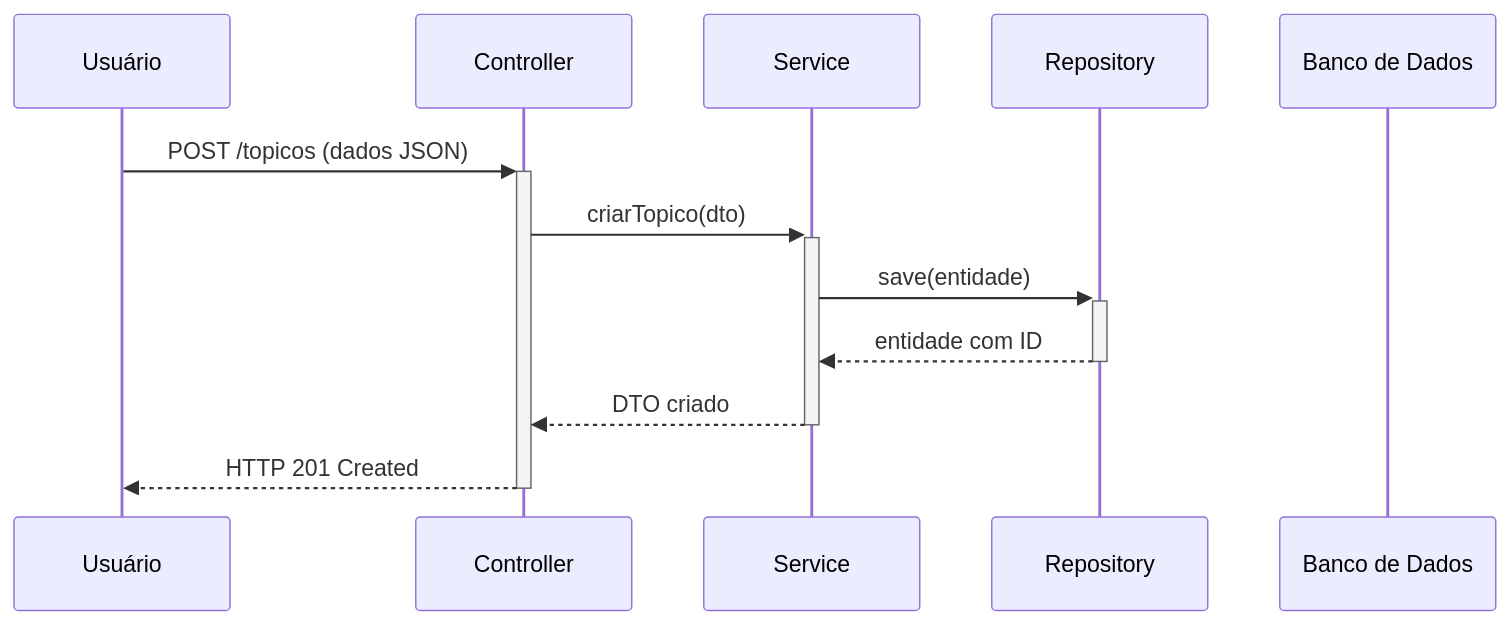
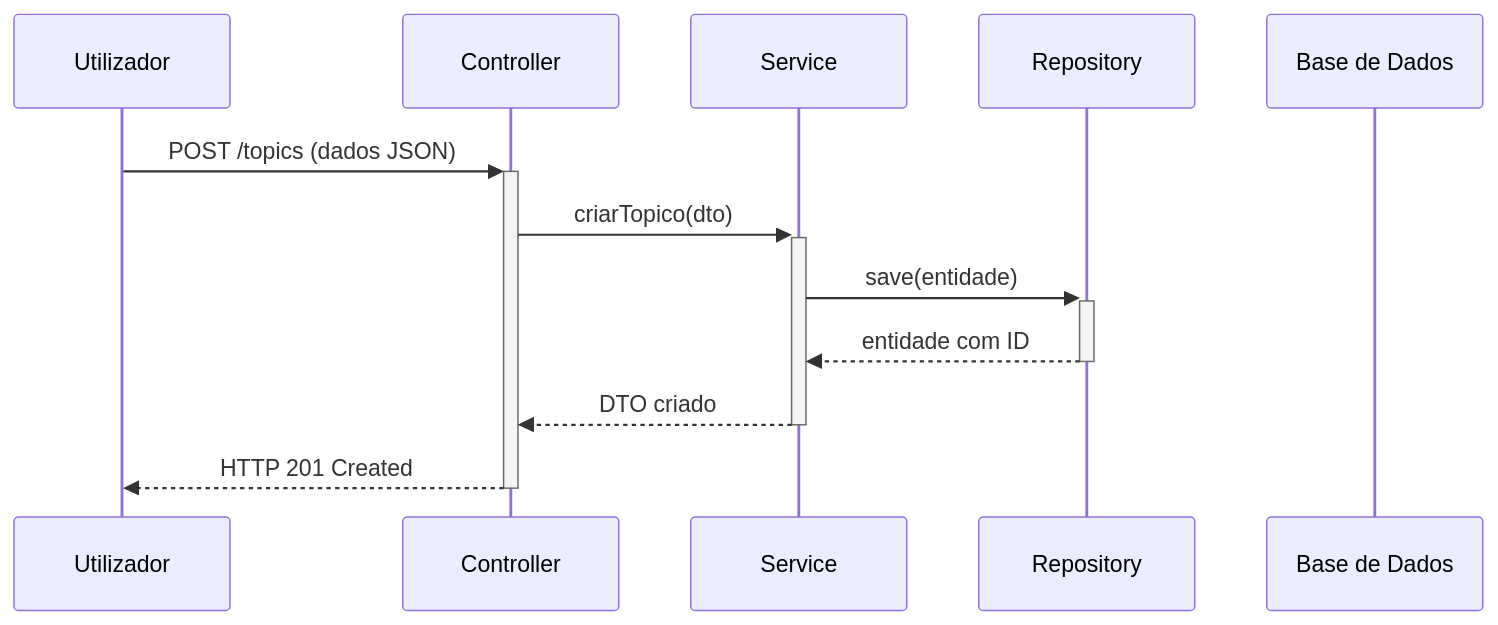
The second of 2 diagrams in README.md (rafaelsilvalor/forumhub), drawn with Mermaid before and after one commit. The commit also changed other lines of this file, not shown here.

````diff
--- a/README.md
+++ b/README.md
@@ -79,15 +143,15 @@
 ```mermaid
 sequenceDiagram
-    participant User as Usuário
+    participant User as Utilizador
     participant Controller as Controller
     participant Service as Service
-    participant Repo as Repository
-    participant DB as Banco de Dados
+    participant Repository as Repository
+    participant DB as Base de Dados
 
-    User->>+Controller: POST /topicos (dados JSON)
+    User->>+Controller: POST /topics (dados JSON)
     Controller->>+Service: criarTopico(dto)
-    Service->>+Repo: save(entidade)
-    Repo-->>-Service: entidade com ID
+    Service->>+Repository: save(entidade)
+    Repository-->>-Service: entidade com ID
     Service-->>-Controller: DTO criado
-    Controller-->>-User: HTTP 201 Created
+    Controller-->>-User: HTTP 201 Created
 ```
````
